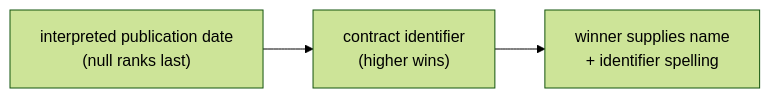
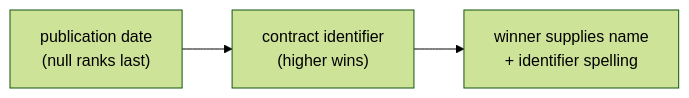
The second of 2 diagrams in docs/features/FEAT-0010-operadores-economicos-base/README.md (earelin/conxugal), drawn with Mermaid (forest theme) before and after one commit. The commit also changed other lines of this file and 10 other files, not shown here.

First line of the commit message:
docs: one interpreted publication date, and the awardee normalised onto its operador

````diff
--- a/docs/features/FEAT-0010-operadores-economicos-base/README.md
+++ b/docs/features/FEAT-0010-operadores-economicos-base/README.md
@@ -151,4 +156,4 @@
 ```mermaid
 flowchart LR
-    a["interpreted publication date<br/>(null ranks last)"] --> b["contract identifier<br/>(higher wins)"] --> c["winner supplies name<br/>+ identifier spelling"]
+    a["publication date<br/>(null ranks last)"] --> b["contract identifier<br/>(higher wins)"] --> c["winner supplies name<br/>+ identifier spelling"]
 ```
````
